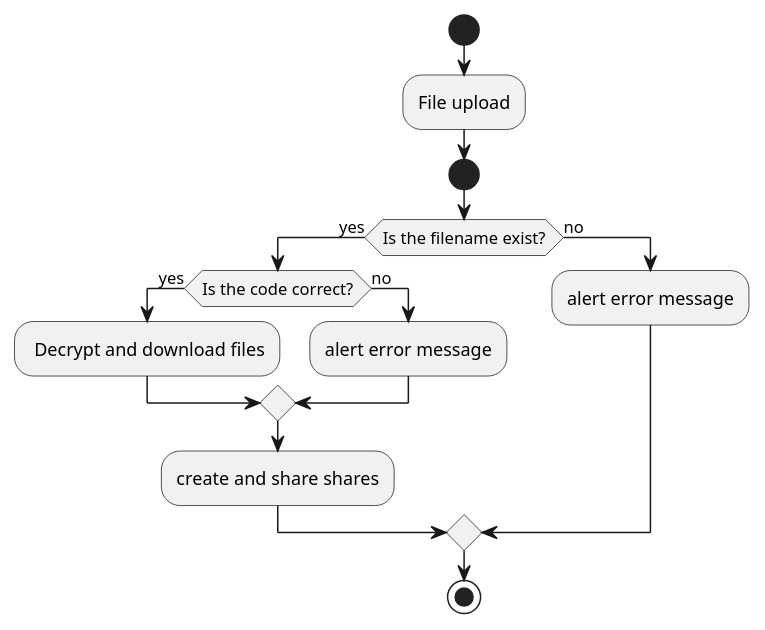
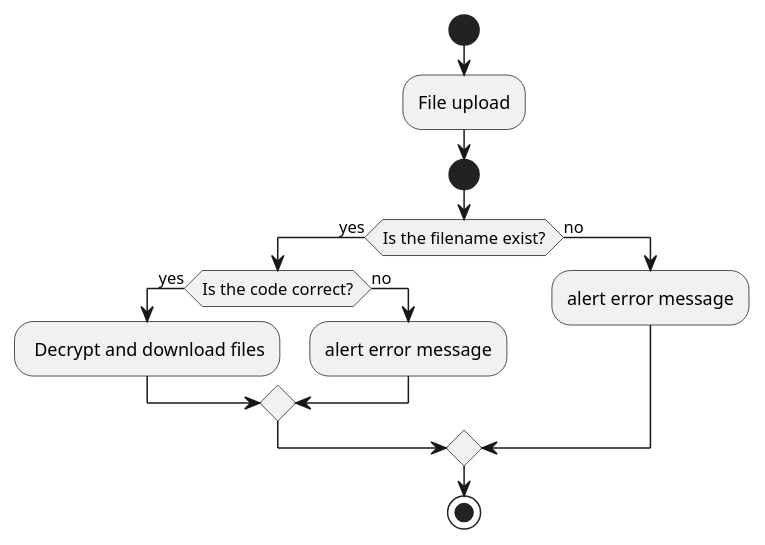
The second of 2 diagrams in README.md (tamagoyaki-yakitamago/Himitsu_Lun), drawn with PlantUML before and after one commit. The commit also changed 1 other file, not shown here.

Commit message:
誤字修正

````diff
--- a/README.md
+++ b/README.md
@@ -34,23 +34,22 @@
 ```plantuml
 @startuml
 
 start
 :File upload;
 
 start
 
 if (Is the filename exist?) then (yes)
   if (Is the code correct?) then (yes)
     : Decrypt and download files;
   else (no)
     :alert error message;
   endif
-  :create and share shares;
 else (no)
   :alert error message;
 endif
 
 stop
 
 @enduml
 ```
````
